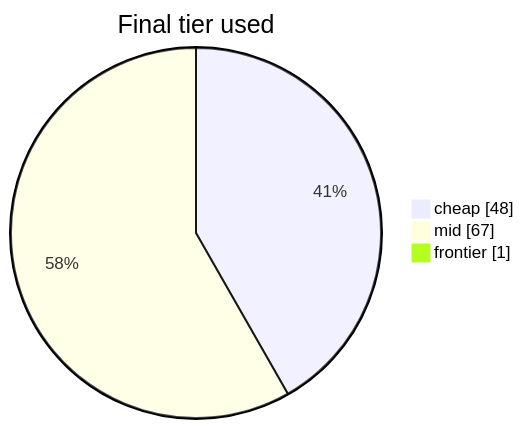
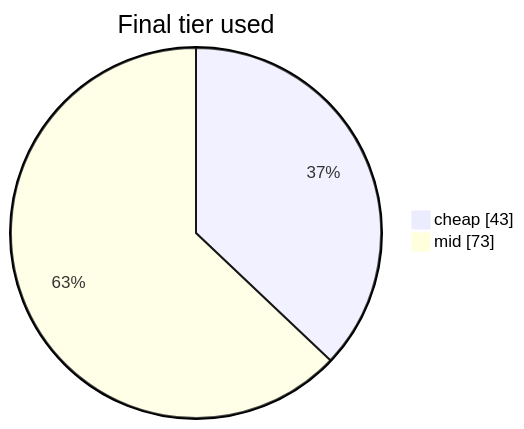
The second of 2 diagrams in README.md (AnshumanDas001/llm-router), drawn with Mermaid before and after one commit. The commit also changed other lines of this file and 13 other files, not shown here.

````diff
--- a/README.md
+++ b/README.md
@@ -164,7 +185,6 @@
 ```mermaid
 pie showData
     title Final tier used
-    "cheap" : 48
-    "mid" : 67
-    "frontier" : 1
+    "cheap" : 43
+    "mid" : 73
 ```
````
